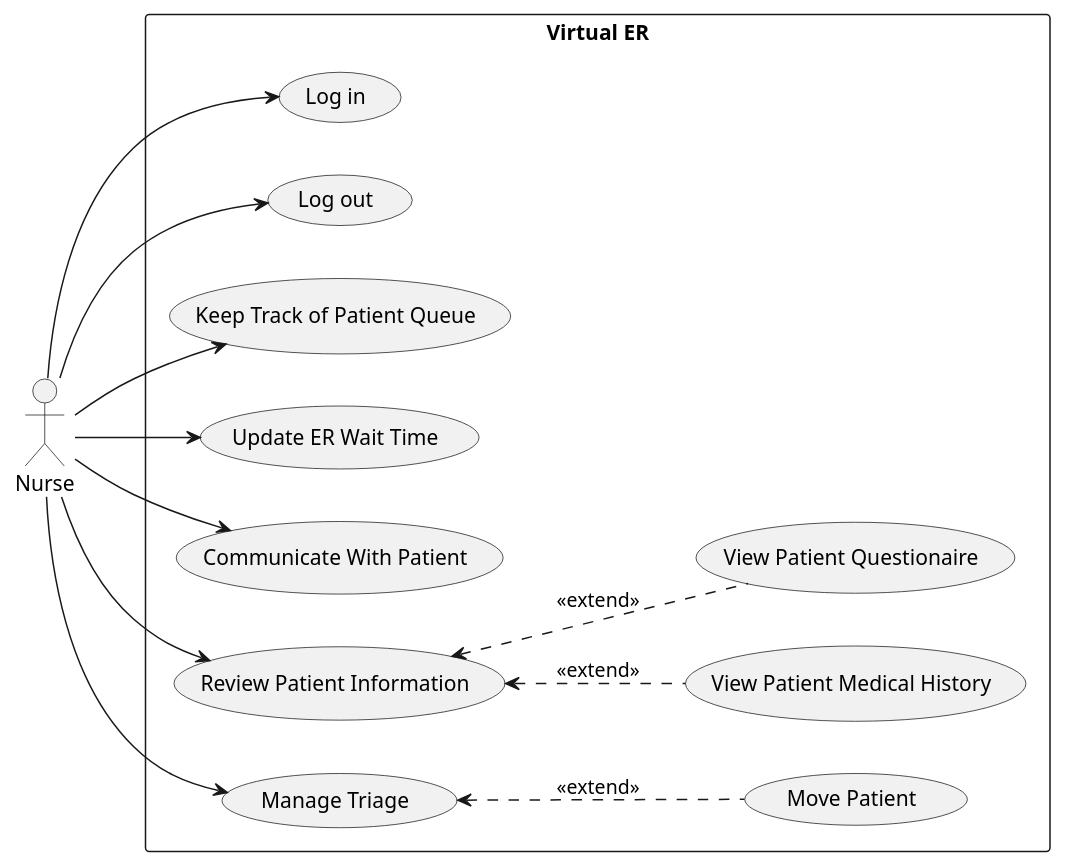
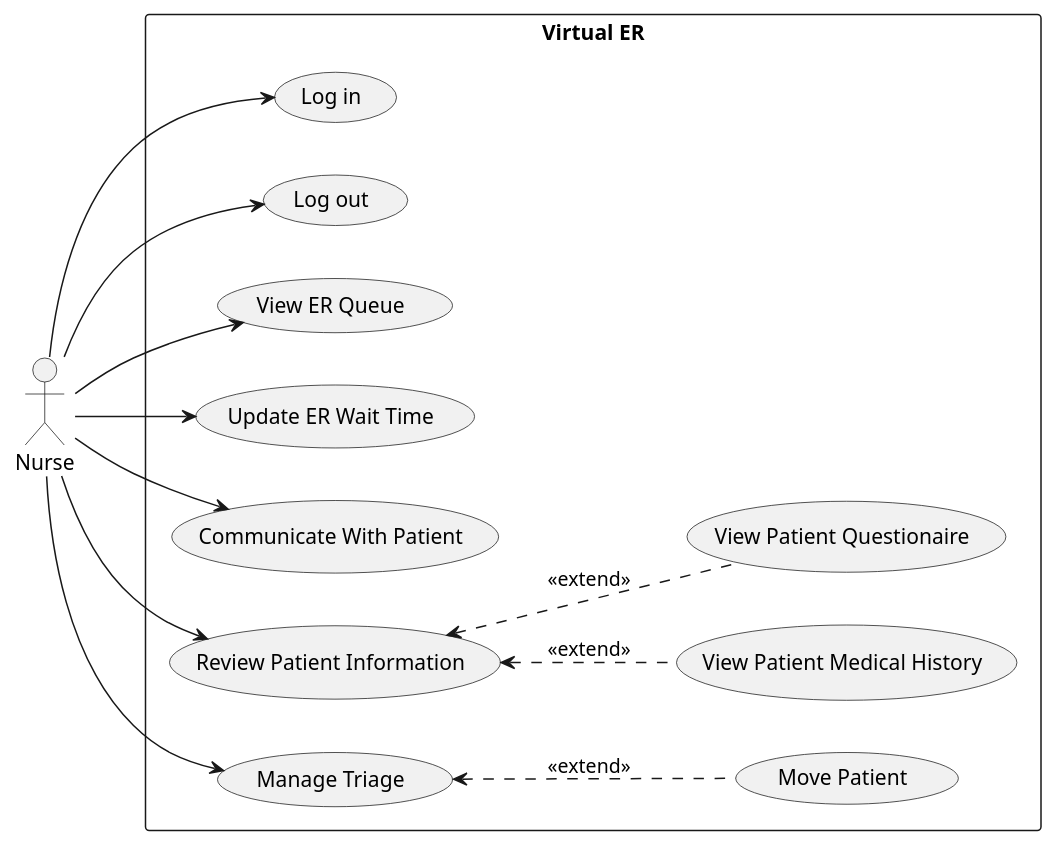
The diagram in milestone_1/use_case_diagrams/nurse/nurse.puml (SENG-350-2024-fall/Group2), drawn with PlantUML before and after one commit.

Commit message:
Update nurse.puml
Improved description of UC-1 for nurse

```diff
--- a/milestone_1/use_case_diagrams/nurse/nurse.puml
+++ b/milestone_1/use_case_diagrams/nurse/nurse.puml
@@ -1,30 +1,30 @@
 @startuml Nurse
 left to right direction
 
 actor "Nurse" as n
 rectangle "Virtual ER" {
   usecase "Log in" as login
   usecase "Log out" as logout
-  usecase "Keep Track of Patient Queue" as viewpatientqueue
+  usecase "View ER Queue" as viewpatientqueue
   usecase "Update ER Wait Time" as updateERtime
   usecase "Communicate With Patient" as patientcommunication 
   usecase "Review Patient Information" as reviewpatientinformation
   usecase "Manage Triage" as managetriage
 
   usecase "View Patient Medical History" as viewhistory
   usecase "View Patient Questionaire" as viewquestionaire
   usecase "Move Patient" as movepatient
 }
 
 n --> login
 n --> logout
 n --> viewpatientqueue
 n --> updateERtime
 n --> patientcommunication
 n --> reviewpatientinformation
 n --> managetriage
 
 reviewpatientinformation <.. viewhistory:<<extend>>
 reviewpatientinformation <.. viewquestionaire:<<extend>>
 managetriage <.. movepatient:<<extend>>
 @enduml
```
